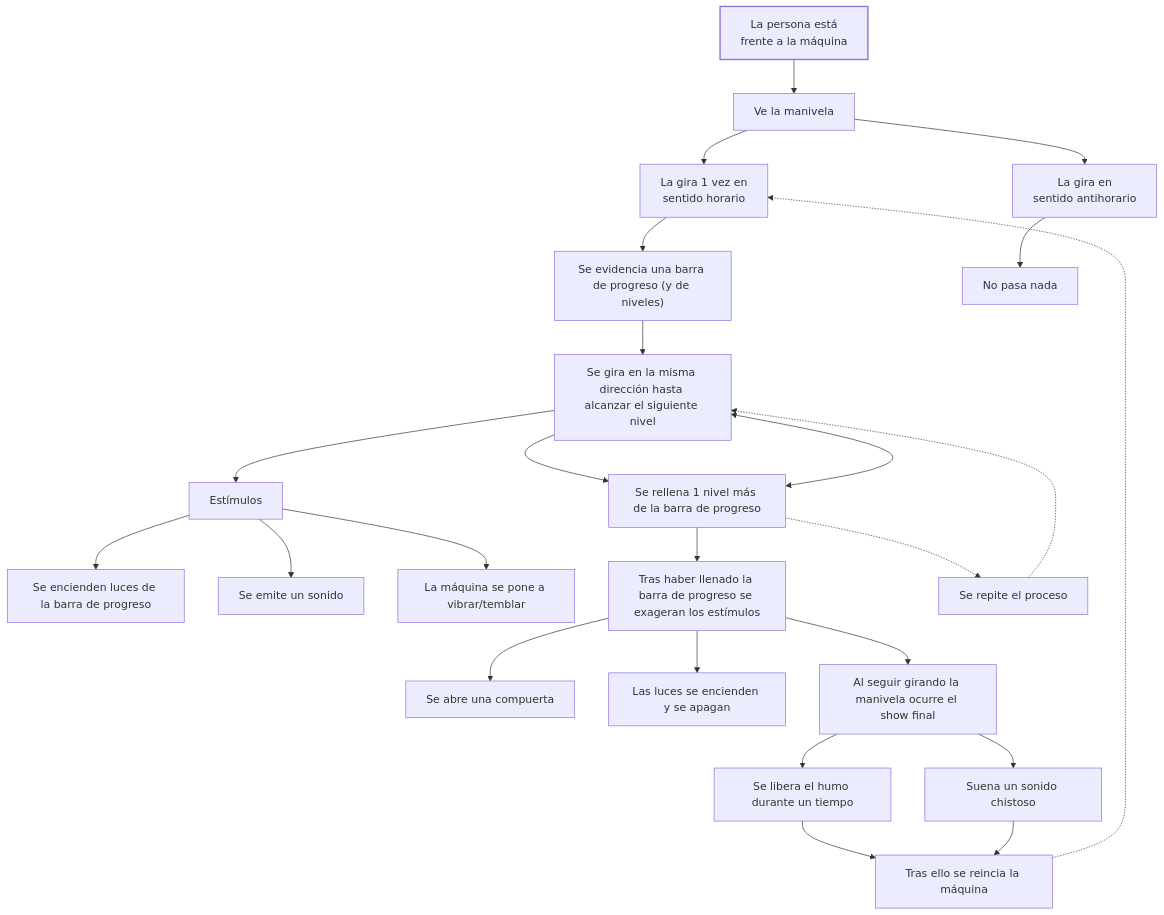
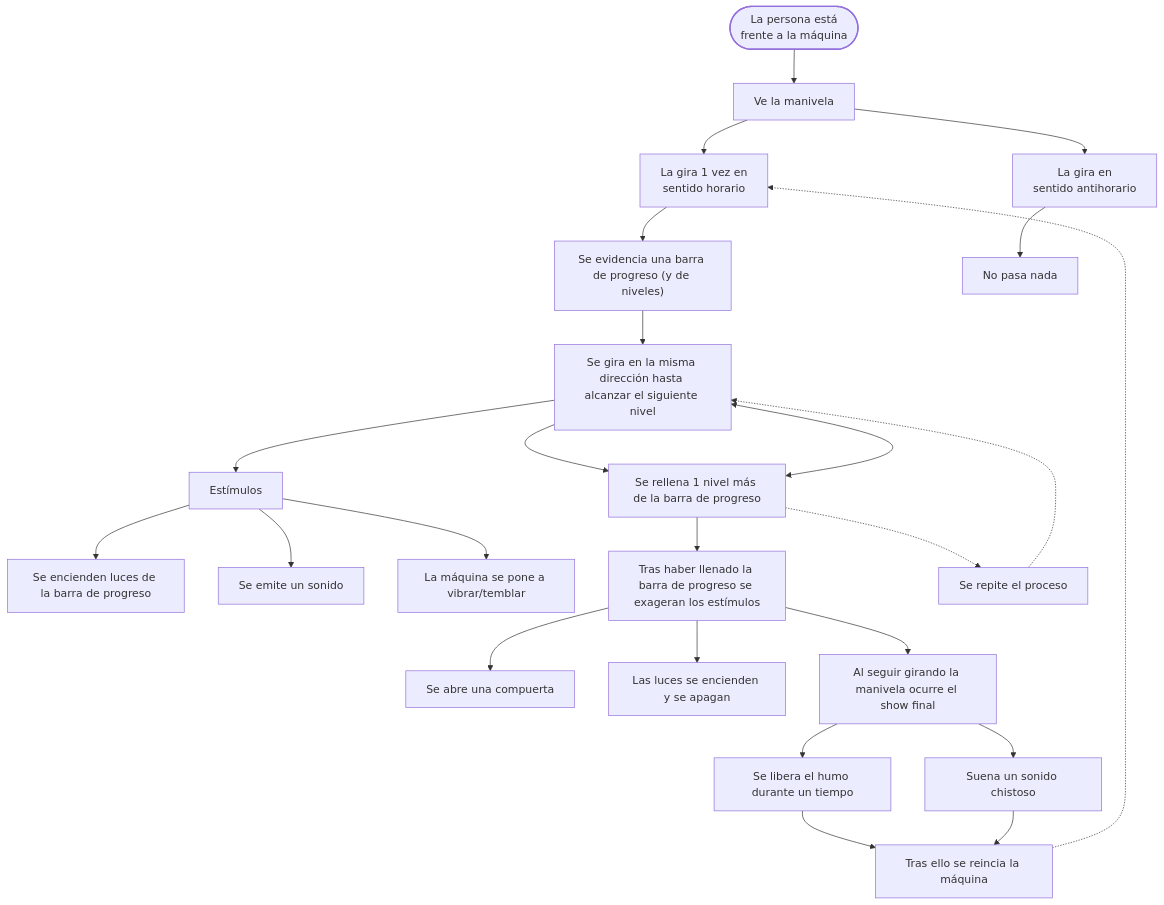
The diagram in 00-proyecto-03/grupo-05/README.md (disenoUDP/dis8645-2025-2-proyectos), drawn with Mermaid before and after one commit.

Commit message:
mapa-de-flujo-edit

````diff
--- a/00-proyecto-03/grupo-05/README.md
+++ b/00-proyecto-03/grupo-05/README.md
@@ -124,23 +124,23 @@
 ``` mermaid
 flowchart TB
-    A["La persona está<br>frente a la máquina"] --> B["Ve la manivela"]
+    A(["La persona está<br>frente a la máquina"]) --> B["Ve la manivela"]
     B --> C["La gira 1 vez en <br>sentido horario"] & n1["La gira en <br>sentido antihorario"]
     C --> n2["Se evidencia una barra de progreso (y de niveles)"]
     n2 --> n4["Se gira en la misma dirección hasta alcanzar el siguiente nivel"]
     n4 --> n5["Se rellena 1 nivel más de la barra de progreso"] & n7["Estímulos"]
     n7 --> n8["Se encienden luces de la barra de progreso"] & n9["Se emite un sonido"] & n10["La máquina se pone a vibrar/temblar"]
     n5 --> n11["Tras haber llenado la barra de progreso se exageran los estímulos"]
     n5 -.-> n19["Se repite el proceso"]
     n11 --> n12["Se abre una compuerta"] & n13["Las luces se encienden y se apagan"] & n14["Al seguir girando la manivela ocurre el show final"]
     n14 --> n15["Se libera el humo durante un tiempo"] & n16["Suena un sonido chistoso"]
     n15 --> n17["Tras ello se reincia la máquina"]
     n16 --> n17
     n1 --> n18["No pasa nada"]
     n5 <--> n4
     n17 -.-> C
     n19 -.-> n4
-    A@{ shape: rect}
+
     B@{ shape: rect}
     n1@{ shape: rect}
     style A stroke-width:2px,stroke-dasharray: 0
 ```
````
